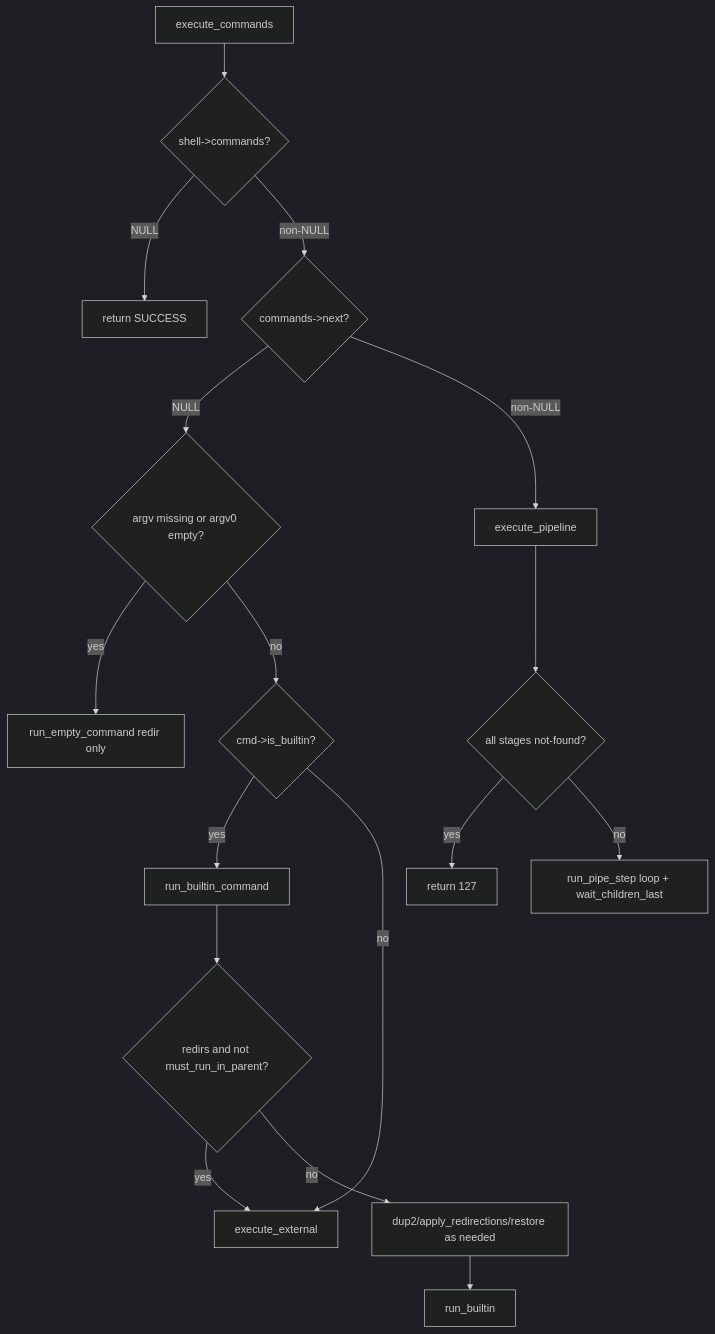
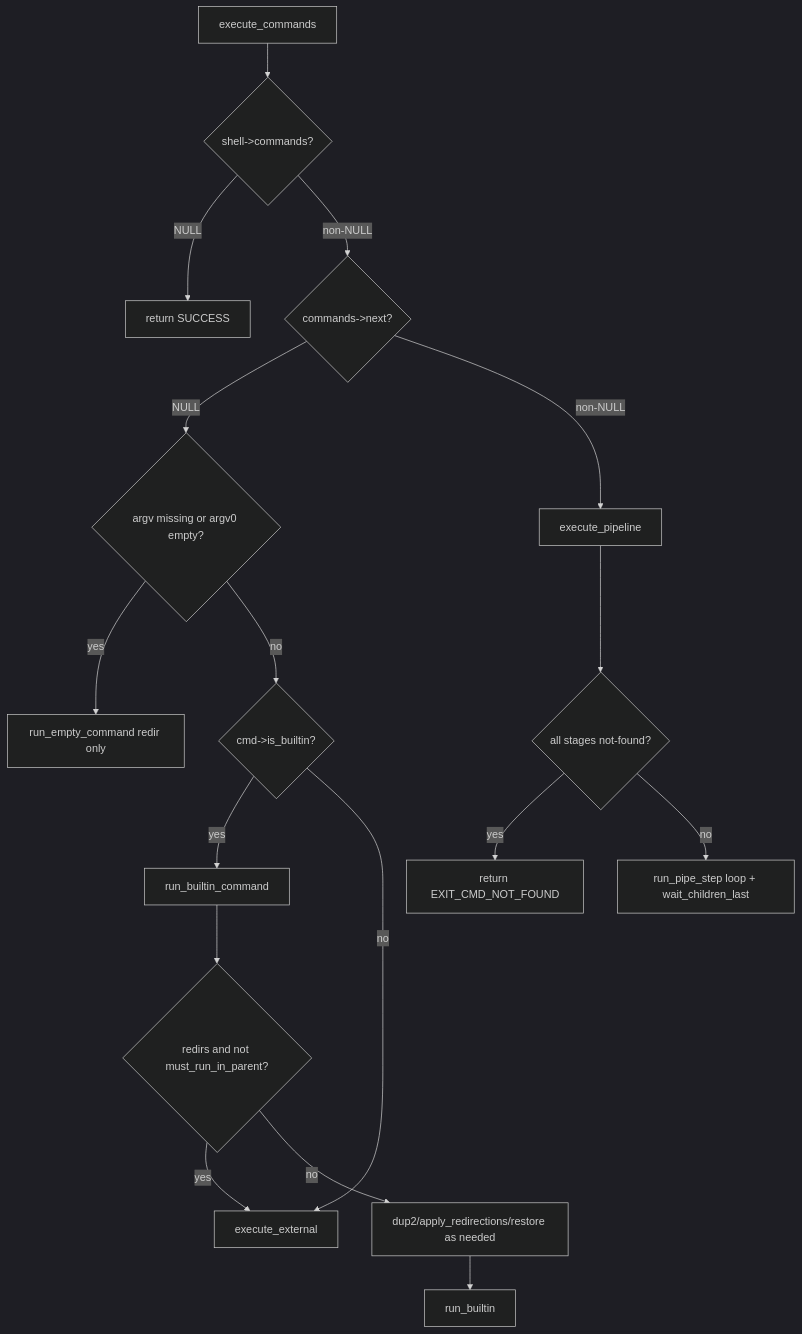
Before and after one commit to gkhavari/minishell: diagram 11 of 14 in docs/MINISHELL_ARCHITECTURE.md, drawn with Mermaid (dark theme). The commit also changed other lines of this file and 23 other files, not shown here.

````diff
--- a/docs/MINISHELL_ARCHITECTURE.md
+++ b/docs/MINISHELL_ARCHITECTURE.md
@@ -772,20 +772,20 @@
 ```mermaid
 flowchart TD
     EC[execute_commands]
     EC --> NO_CMD{shell->commands?}
     NO_CMD -->|NULL| R0[return SUCCESS]
     NO_CMD -->|non-NULL| ONE{commands->next?}
     ONE -->|NULL| EMP{argv missing or argv0 empty?}
     EMP -->|yes| EMPTY[run_empty_command redir only]
     EMP -->|no| BUILTIN{cmd->is_builtin?}
     BUILTIN -->|yes| RB[run_builtin_command]
     BUILTIN -->|no| EXT[execute_external]
     RB --> RBX{redirs and not must_run_in_parent?}
     RBX -->|yes| EXT
     RBX -->|no| RBP[dup2/apply_redirections/restore as needed]
     RBP --> RUNB[run_builtin]
     ONE -->|non-NULL| PIPE[execute_pipeline]
     PIPE --> NF{all stages not-found?}
-    NF -->|yes| R127[return 127]
+    NF -->|yes| R127[return EXIT_CMD_NOT_FOUND]
     NF -->|no| FORK[run_pipe_step loop + wait_children_last]
 ```
````
